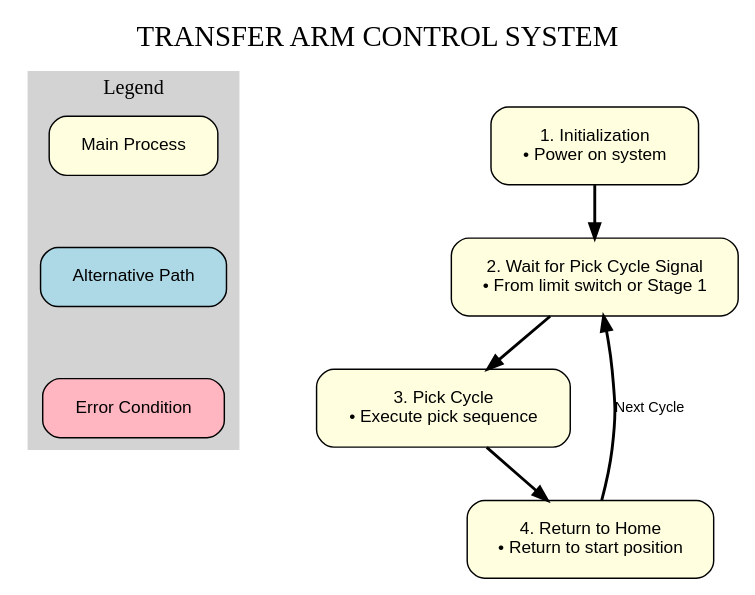
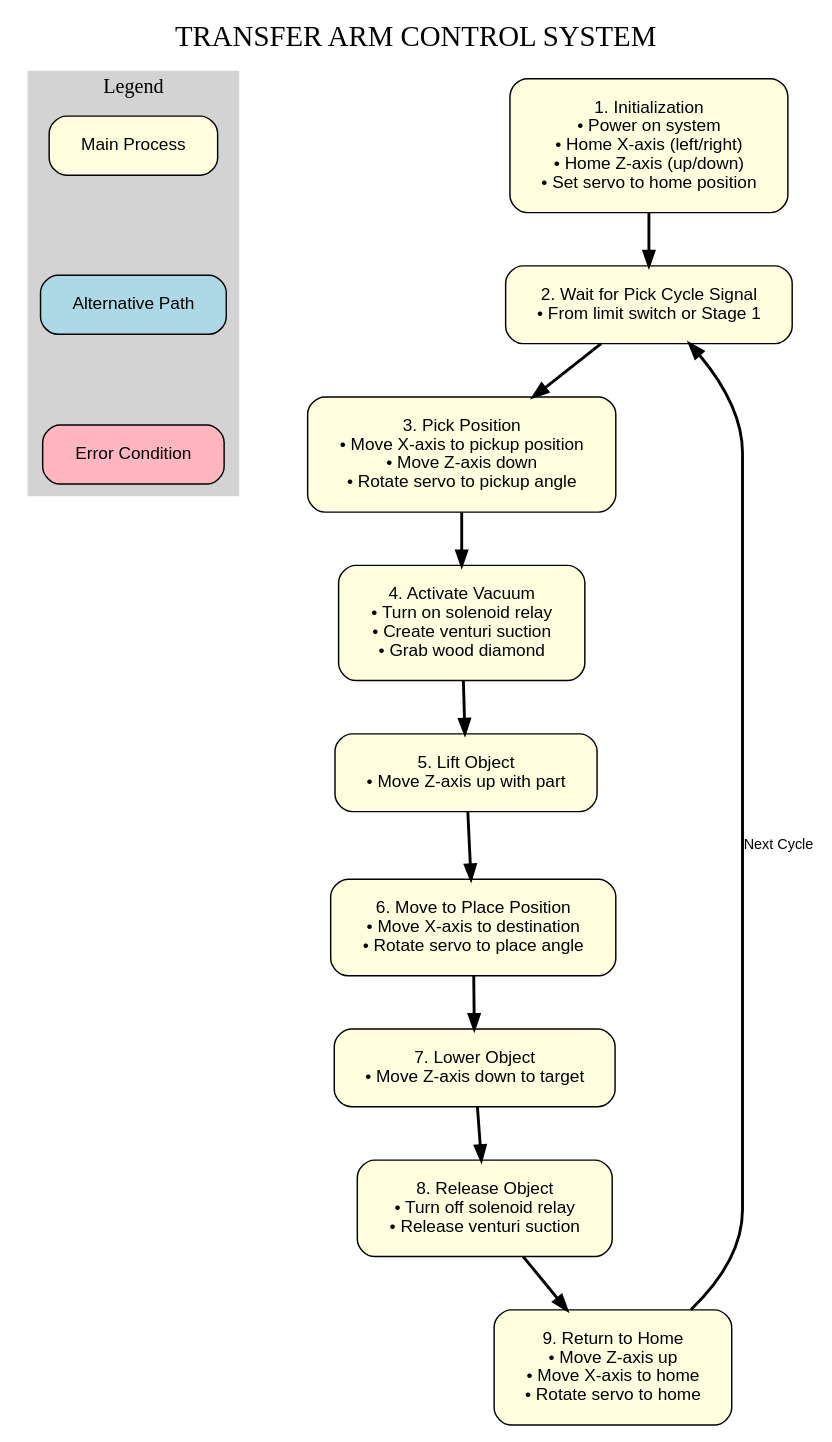
The diagram in flowchart.dot (akivaweil/Transfer-Arm-TA-Mar25), drawn with Graphviz before and after one commit. The commit also changed 3 other files, not shown here.

Commit message:
Added detailed hardware components and expanded flowchart/code

```diff
--- a/flowchart.dot
+++ b/flowchart.dot
@@ -1,42 +1,57 @@
 digraph "Transfer_Arm_Flow" {
     // Graph settings
     graph [fontname="Arial", ranksep=0.5, nodesep=0.8, splines=true];
     node [fontname="Arial", fontsize=12, style="filled,rounded", shape=box, margin="0.3,0.2"];
     edge [fontname="Arial", fontsize=10, penwidth=2];
     
     // Title
     labelloc="t";
     label="TRANSFER ARM CONTROL SYSTEM";
     fontsize=20;
     fontname="Arial Bold";
     
     // Legend
     subgraph cluster_legend {
         label="Legend";
         style=filled;
         color=lightgrey;
         fontsize=14;
         
         legend_main [label="Main Process", fillcolor=lightyellow];
         legend_alt [label="Alternative Path", fillcolor=lightblue];
         legend_error [label="Error Condition", fillcolor=lightpink];
         
         legend_main -> legend_alt [style=invis];
         legend_alt -> legend_error [style=invis];
     }
 
     // Nodes
-    start [label="1. Initialization\n• Power on system", fillcolor=lightyellow];
+    start [label="1. Initialization\n• Power on system\n• Home X-axis (left/right)\n• Home Z-axis (up/down)\n• Set servo to home position", fillcolor=lightyellow];
     
     wait_pickup [label="2. Wait for Pick Cycle Signal\n• From limit switch or Stage 1", fillcolor=lightyellow];
     
-    position_pickup [label="3. Pick Cycle\n• Execute pick sequence", fillcolor=lightyellow];
+    position_pickup [label="3. Pick Position\n• Move X-axis to pickup position\n• Move Z-axis down\n• Rotate servo to pickup angle", fillcolor=lightyellow];
     
-    return_home [label="4. Return to Home\n• Return to start position", fillcolor=lightyellow];
+    activate_vacuum [label="4. Activate Vacuum\n• Turn on solenoid relay\n• Create venturi suction\n• Grab wood diamond", fillcolor=lightyellow];
+    
+    lift_object [label="5. Lift Object\n• Move Z-axis up with part", fillcolor=lightyellow];
+    
+    move_to_place [label="6. Move to Place Position\n• Move X-axis to destination\n• Rotate servo to place angle", fillcolor=lightyellow];
+    
+    lower_object [label="7. Lower Object\n• Move Z-axis down to target", fillcolor=lightyellow];
+    
+    release_object [label="8. Release Object\n• Turn off solenoid relay\n• Release venturi suction", fillcolor=lightyellow];
+    
+    return_home [label="9. Return to Home\n• Move Z-axis up\n• Move X-axis to home\n• Rotate servo to home", fillcolor=lightyellow];
     
     // Edges
     start -> wait_pickup;
     wait_pickup -> position_pickup;
-    position_pickup -> return_home;
+    position_pickup -> activate_vacuum;
+    activate_vacuum -> lift_object;
+    lift_object -> move_to_place;
+    move_to_place -> lower_object;
+    lower_object -> release_object;
+    release_object -> return_home;
     return_home -> wait_pickup [label="Next Cycle"];
 } 
```
